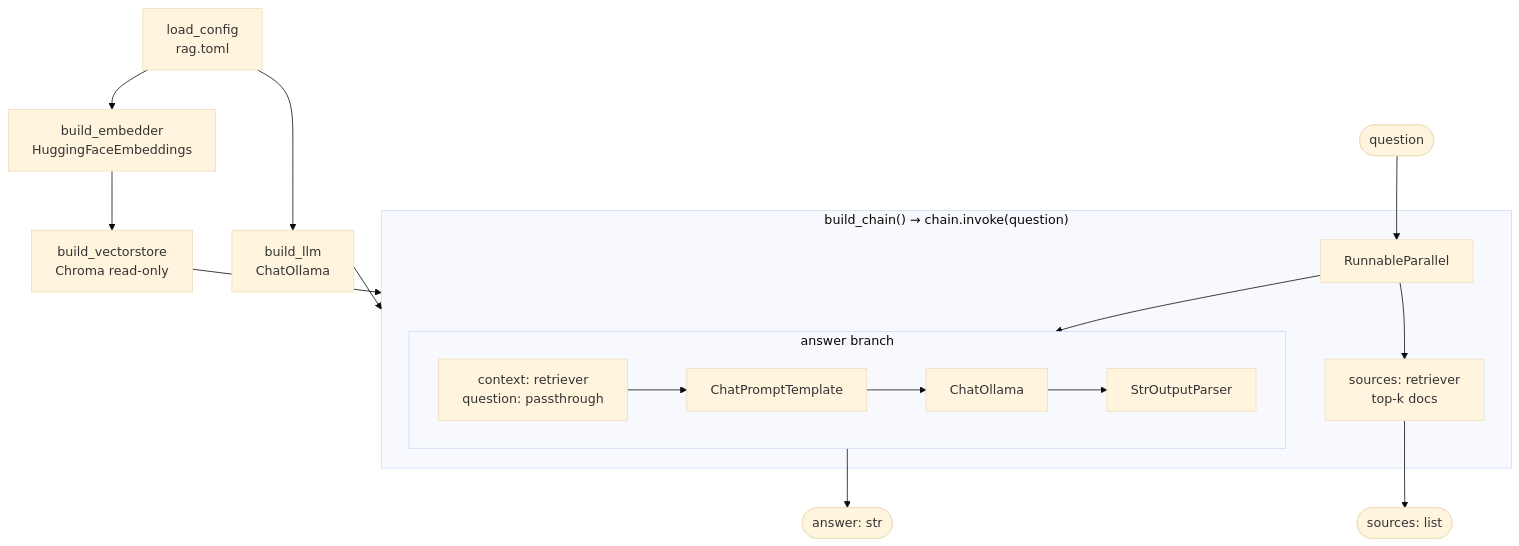
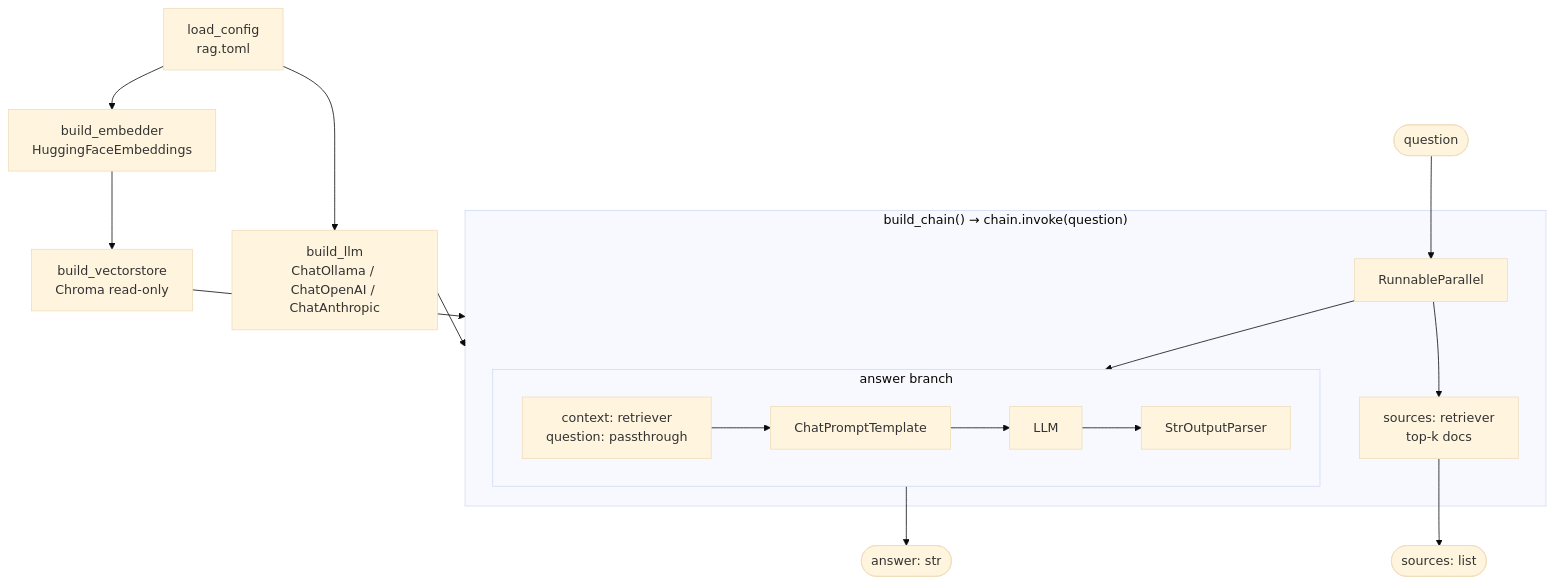
One commit to garthmortensen/rag_v4 changed the second of 2 diagrams in query.md. Above: the diagram before and after it, drawn with Mermaid (base theme). The commit also changed 16 other files, not shown here.

````diff
--- a/query.md
+++ b/query.md
@@ -53,36 +53,36 @@
 ```mermaid
 flowchart TD
     CFG["load_config<br/>rag.toml"]
     EMB["build_embedder<br/>HuggingFaceEmbeddings"]
     VS["build_vectorstore<br/>Chroma read-only"]
-    LLM["build_llm<br/>ChatOllama"]
+    LLM["build_llm<br/>ChatOllama / ChatOpenAI / ChatAnthropic"]
     Q([question])
 
     subgraph build_chain["build_chain() → chain.invoke(question)"]
         PAR["RunnableParallel"]
 
         subgraph answer_branch["answer branch"]
             direction LR
             RPAR["context: retriever<br/>question: passthrough"]
             PRM[ChatPromptTemplate]
-            OL[ChatOllama]
+            OL[LLM]
             STR[StrOutputParser]
             RPAR --> PRM --> OL --> STR
         end
 
         RET2["sources: retriever<br/>top-k docs"]
     end
 
     ANS([answer: str])
     SRC([sources: list])
 
     CFG --> EMB --> VS
     CFG --> LLM
     VS --> build_chain
     LLM --> build_chain
     Q --> PAR
     PAR --> answer_branch
     PAR --> RET2
     STR --> ANS
     RET2 --> SRC
 ```
````
